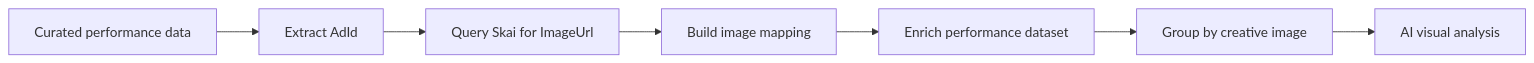
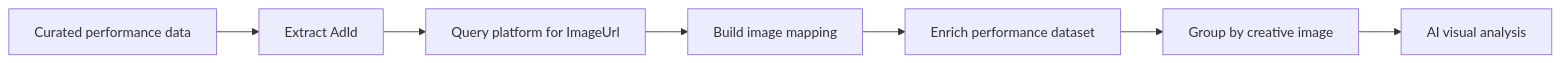
One commit to anabelengarciac/skai changed the diagram in README.md. Above: the diagram before and after it, drawn with Mermaid. The commit also changed other lines of this file and 2 other files, not shown here.

````diff
--- a/README.md
+++ b/README.md
@@ -28,9 +30,9 @@
 ```mermaid
 flowchart LR
     A["Curated performance data"] --> B["Extract AdId"]
-    B --> C["Query Skai for ImageUrl"]
+    B --> C["Query platform for ImageUrl"]
     C --> D["Build image mapping"]
     D --> E["Enrich performance dataset"]
     E --> F["Group by creative image"]
     F --> G["AI visual analysis"]
 ```
````
